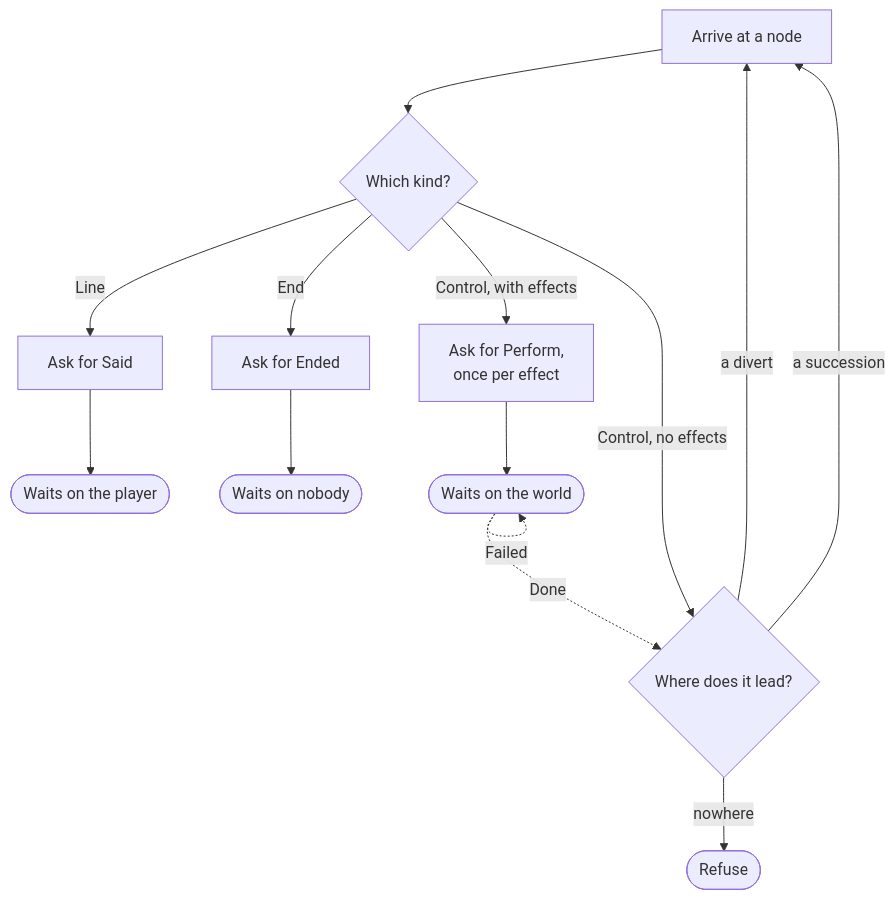
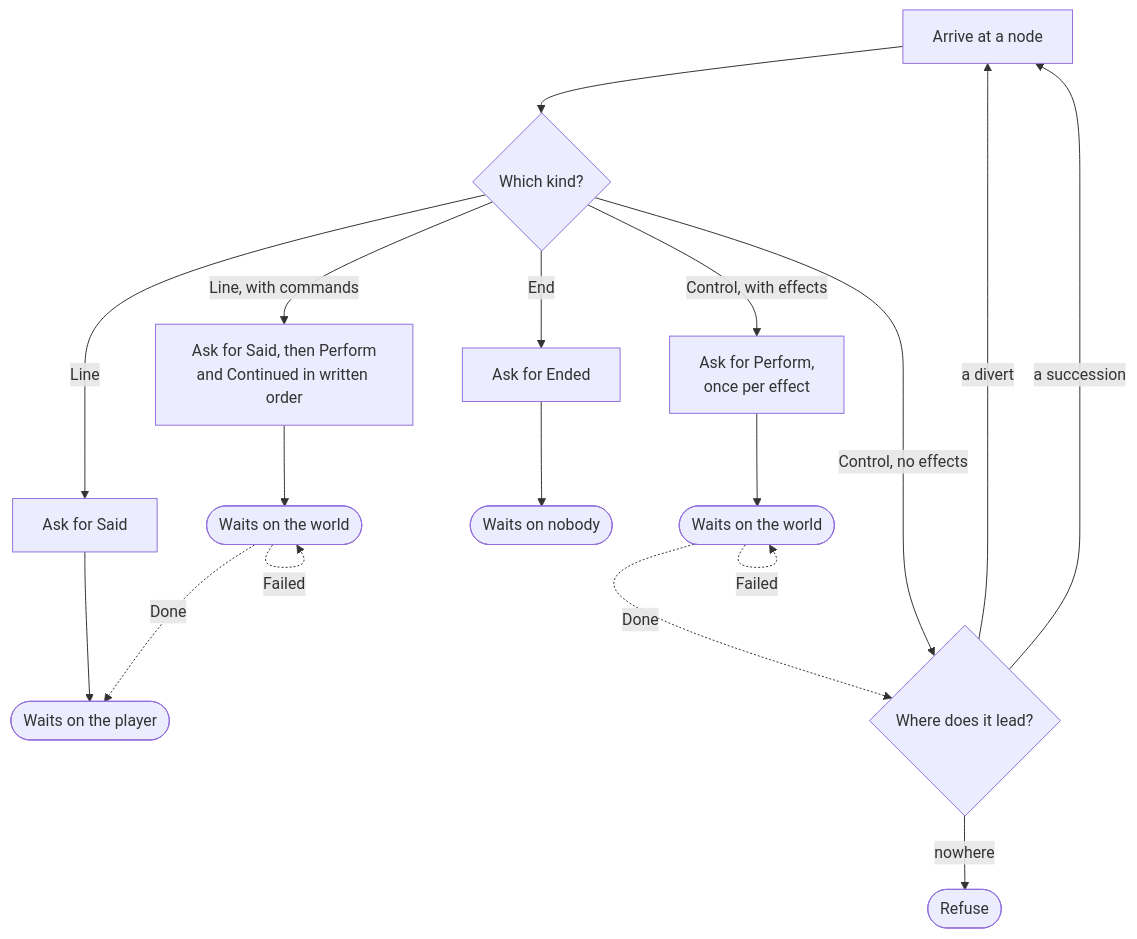
The diagram in docs/contributing/design-notes/runtime/Waiting on the Host.md (pengzhengyi/dialoguedown), drawn with Mermaid before and after one commit. The commit also changed other lines of this file and 5 other files, not shown here.

First line of the commit message:
docs(runtime): record how a line with commands is played

````diff
--- a/docs/contributing/design-notes/runtime/Waiting on the Host.md
+++ b/docs/contributing/design-notes/runtime/Waiting on the Host.md
@@ -94,13 +95,16 @@
 ```mermaid
 flowchart TD
     Arrive["Arrive at a node"] --> Kind{"Which kind?"}
     Kind -->|Line| Say["Ask for Said"] --> Player(["Waits on the player"])
+    Kind -->|"Line, with commands"| Speak["Ask for Said, then Perform<br/>and Continued in written order"] --> LineWorld(["Waits on the world"])
+    LineWorld -.->|Done| Player
+    LineWorld -.->|Failed| LineWorld
     Kind -->|End| Over["Ask for Ended"] --> Nobody(["Waits on nobody"])
     Kind -->|"Control, with effects"| Ask["Ask for Perform,<br/>once per effect"] --> World(["Waits on the world"])
     World -.->|Done| Onward
     World -.->|Failed| World
     Kind -->|"Control, no effects"| Onward{"Where does it lead?"}
     Onward -->|"a divert"| Arrive
     Onward -->|"a succession"| Arrive
     Onward -->|"nowhere"| Refuse(["Refuse"])
 ```
````
